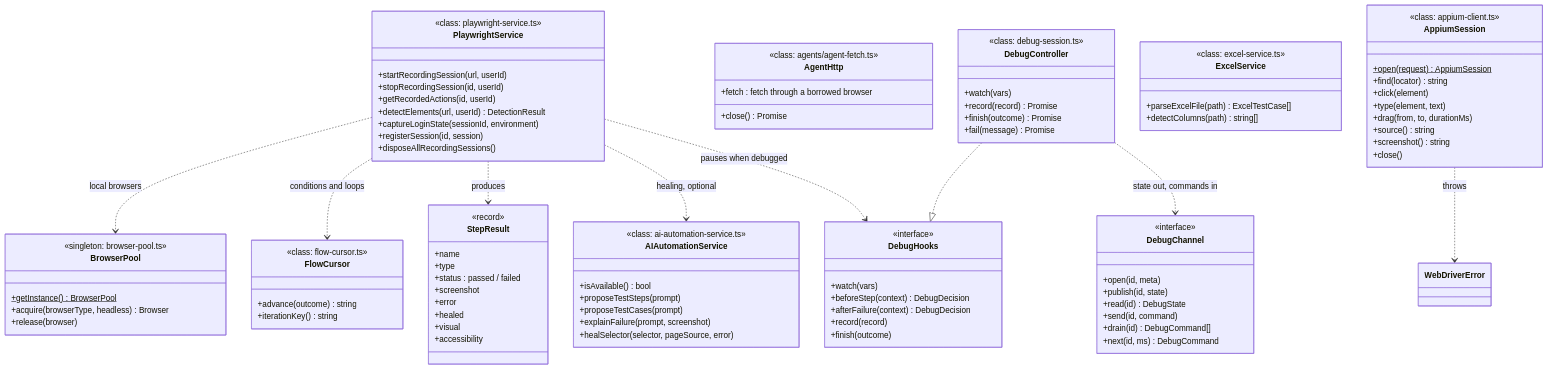
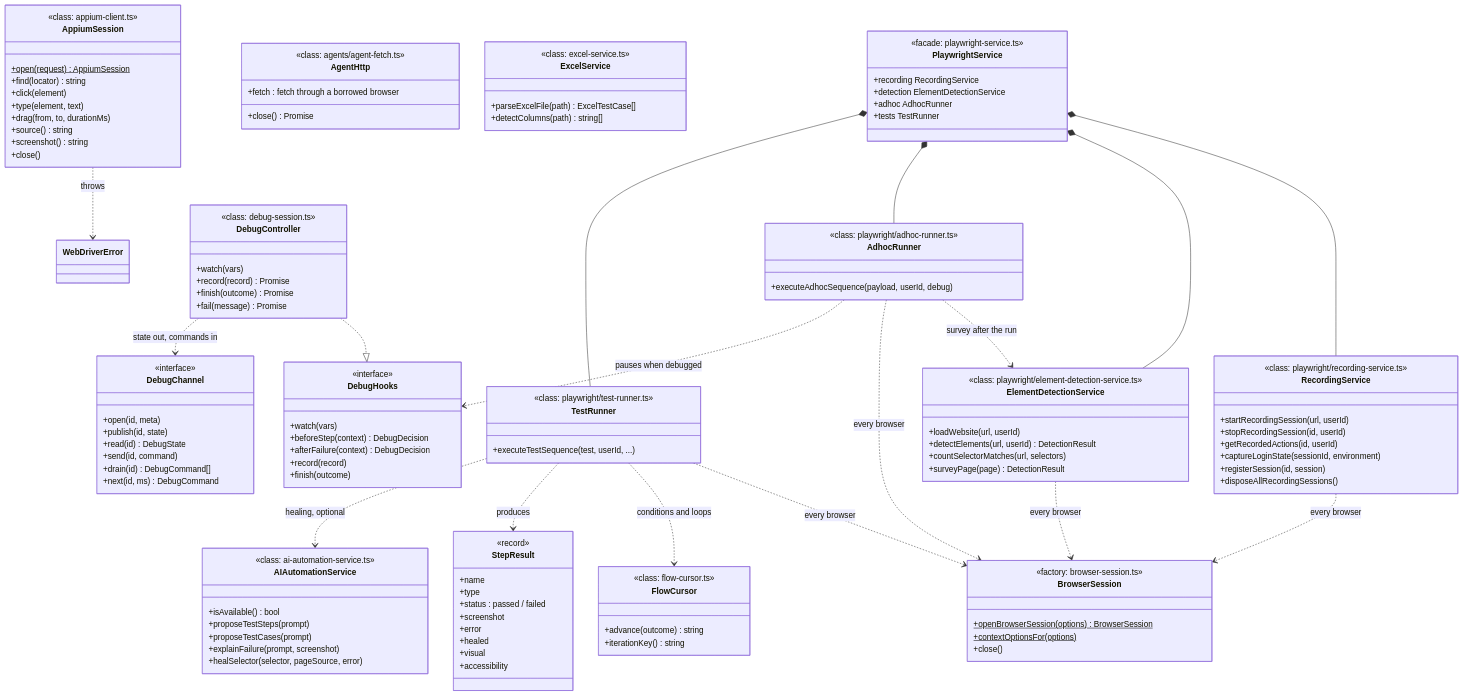
Before and after one commit to Markg981/WebFlowMaster: the third of 6 diagrams in docs/en/internals/class-diagrams.md, drawn with Mermaid. The commit also changed other lines of this file and 17 other files, not shown here.

```diff
--- a/docs/en/internals/class-diagrams.md
+++ b/docs/en/internals/class-diagrams.md
@@ -283,20 +283,41 @@
 classDiagram
   direction TB
   class PlaywrightService {
-    <<class: playwright-service.ts>>
+    <<facade: playwright-service.ts>>
+    +recording RecordingService
+    +detection ElementDetectionService
+    +adhoc AdhocRunner
+    +tests TestRunner
+  }
+  class RecordingService {
+    <<class: playwright/recording-service.ts>>
     +startRecordingSession(url, userId)
     +stopRecordingSession(id, userId)
     +getRecordedActions(id, userId)
-    +detectElements(url, userId) DetectionResult
     +captureLoginState(sessionId, environment)
     +registerSession(id, session)
     +disposeAllRecordingSessions()
   }
-  class BrowserPool {
-    <<singleton: browser-pool.ts>>
-    +getInstance()$ BrowserPool
-    +acquire(browserType, headless) Browser
-    +release(browser)
+  class ElementDetectionService {
+    <<class: playwright/element-detection-service.ts>>
+    +loadWebsite(url, userId)
+    +detectElements(url, userId) DetectionResult
+    +countSelectorMatches(url, selectors)
+    +surveyPage(page) DetectionResult
+  }
+  class AdhocRunner {
+    <<class: playwright/adhoc-runner.ts>>
+    +executeAdhocSequence(payload, userId, debug)
+  }
+  class TestRunner {
+    <<class: playwright/test-runner.ts>>
+    +executeTestSequence(test, userId, ...)
+  }
+  class BrowserSession {
+    <<factory: browser-session.ts>>
+    +openBrowserSession(options)$ BrowserSession
+    +contextOptionsFor(options)$
+    +close()
   }
   class FlowCursor {
     <<class: flow-cursor.ts>>
@@ -369,11 +390,19 @@
   }
   class WebDriverError
 
-  PlaywrightService ..> BrowserPool : local browsers
-  PlaywrightService ..> FlowCursor : conditions and loops
-  PlaywrightService ..> StepResult : produces
-  PlaywrightService ..> AIAutomationService : healing, optional
-  PlaywrightService ..> DebugHooks : pauses when debugged
+  PlaywrightService *-- RecordingService
+  PlaywrightService *-- ElementDetectionService
+  PlaywrightService *-- AdhocRunner
+  PlaywrightService *-- TestRunner
+  AdhocRunner ..> ElementDetectionService : survey after the run
+  RecordingService ..> BrowserSession : every browser
+  ElementDetectionService ..> BrowserSession : every browser
+  AdhocRunner ..> BrowserSession : every browser
+  TestRunner ..> BrowserSession : every browser
+  TestRunner ..> FlowCursor : conditions and loops
+  TestRunner ..> StepResult : produces
+  TestRunner ..> AIAutomationService : healing, optional
+  AdhocRunner ..> DebugHooks : pauses when debugged
   DebugController ..|> DebugHooks
   DebugController ..> DebugChannel : state out, commands in
   AppiumSession ..> WebDriverError : throws
```
